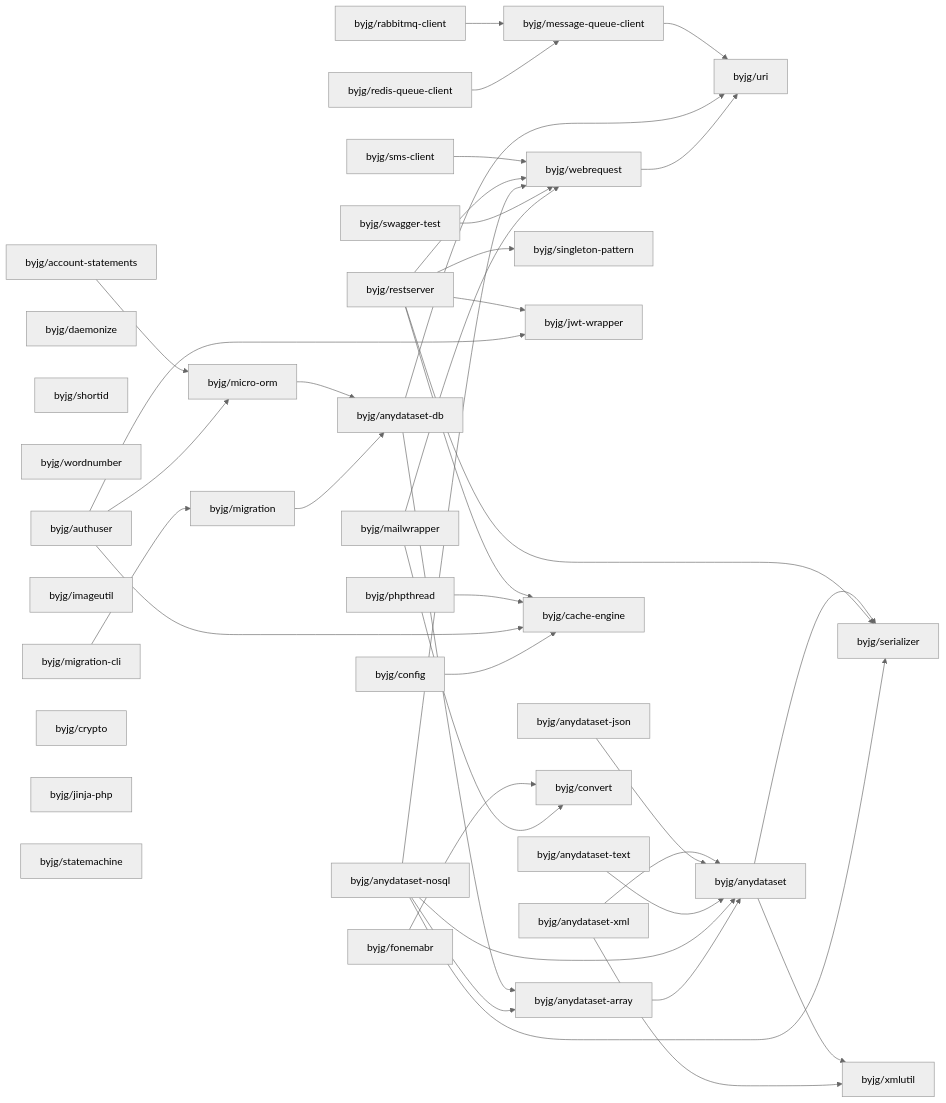
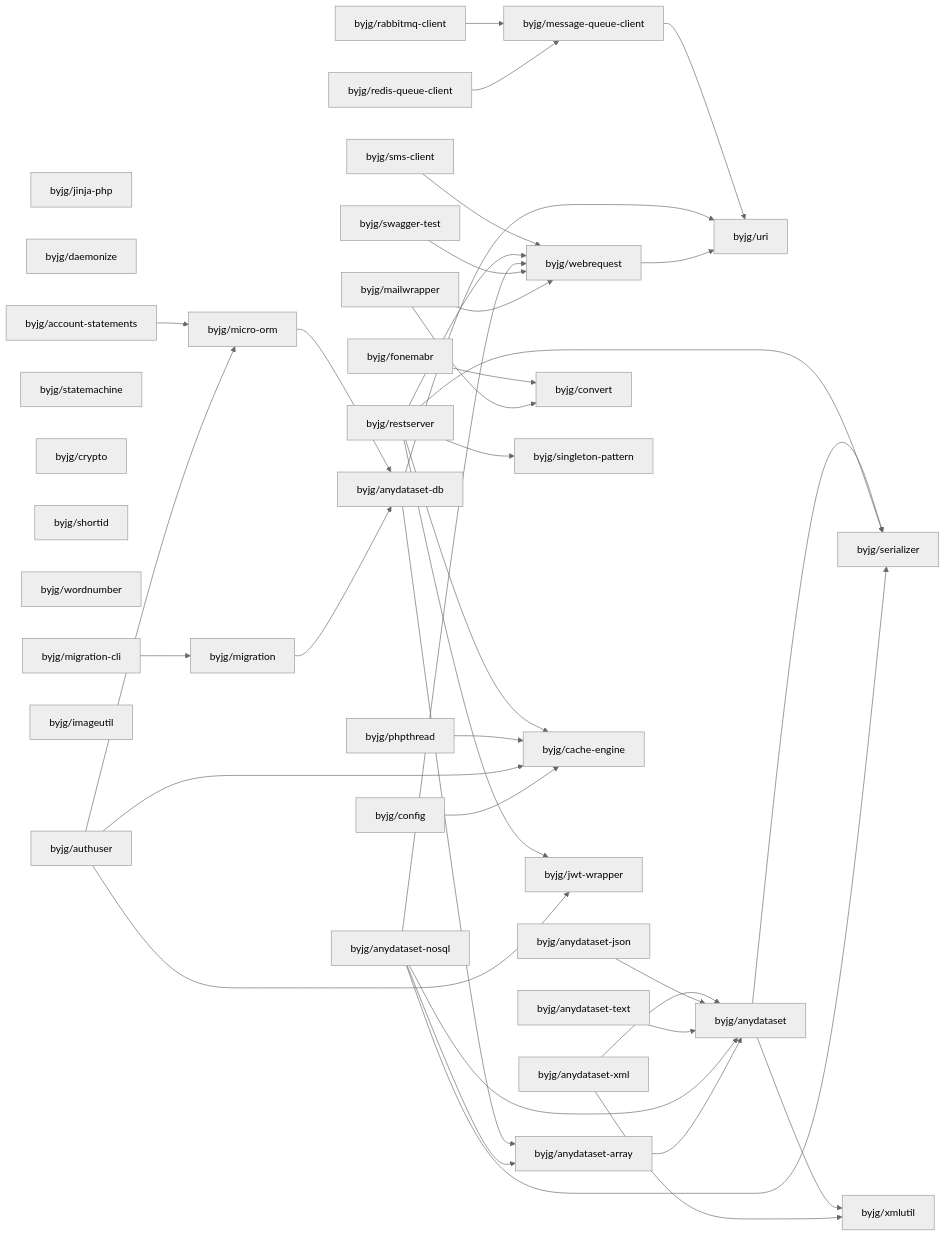
One commit to byjg/byjg.github.io changed the diagram in docs/php/README.md. Above: the diagram before and after it, drawn with Mermaid (neutral theme). The commit also changed other lines of this file, not shown here.

Commit message:
Update documentation 'php' 'php-restserver'

````diff
--- a/docs/php/README.md
+++ b/docs/php/README.md
@@ -3,76 +3,76 @@
 ```mermaid
 graph LR;
+  byjg/jinja-php;
+  byjg/daemonize;
   byjg/migration-cli;
-  byjg/daemonize;
+  byjg/statemachine;
+  byjg/rabbitmq-client;
+  byjg/crypto;
   byjg/shortid;
+  byjg/redis-queue-client;
+  byjg/config;
+  byjg/anydataset-nosql;
+  byjg/phpthread;
+  byjg/anydataset-text;
+  byjg/fonemabr;
+  byjg/wordnumber;
+  byjg/account-statements;
   byjg/mailwrapper;
-  byjg/phpthread;
-  byjg/wordnumber;
   byjg/swagger-test;
+  byjg/imageutil;
+  byjg/authuser;
+  byjg/anydataset-xml;
   byjg/restserver;
-  byjg/authuser;
+  byjg/anydataset-json;
   byjg/sms-client;
-  byjg/imageutil;
-  byjg/account-statements;
-  byjg/anydataset-nosql;
-  byjg/rabbitmq-client;
-  byjg/config;
-  byjg/crypto;
-  byjg/jinja-php;
-  byjg/anydataset-json;
-  byjg/redis-queue-client;
-  byjg/anydataset-text;
-  byjg/anydataset-xml;
-  byjg/fonemabr;
-  byjg/statemachine;
   byjg/migration;
-  byjg/singleton-pattern;
-  byjg/jwt-wrapper;
-  byjg/micro-orm;
-  byjg/webrequest;
-  byjg/cache-engine;
   byjg/message-queue-client;
   byjg/convert;
+  byjg/micro-orm;
+  byjg/singleton-pattern;
+  byjg/cache-engine;
+  byjg/jwt-wrapper;
+  byjg/webrequest;
   byjg/anydataset-db;
   byjg/anydataset-array;
   byjg/uri;
   byjg/anydataset;
   byjg/serializer;
   byjg/xmlutil;
   byjg/account-statements --> byjg/micro-orm;
   byjg/message-queue-client --> byjg/uri;
   byjg/anydataset --> byjg/serializer;
   byjg/anydataset --> byjg/xmlutil;
   byjg/rabbitmq-client --> byjg/message-queue-client;
   byjg/anydataset-xml --> byjg/anydataset;
   byjg/anydataset-xml --> byjg/xmlutil;
   byjg/sms-client --> byjg/webrequest;
   byjg/anydataset-db --> byjg/anydataset-array;
   byjg/anydataset-db --> byjg/uri;
   byjg/micro-orm --> byjg/anydataset-db;
   byjg/anydataset-json --> byjg/anydataset;
   byjg/restserver --> byjg/serializer;
   byjg/restserver --> byjg/singleton-pattern;
   byjg/restserver --> byjg/cache-engine;
   byjg/restserver --> byjg/webrequest;
   byjg/restserver --> byjg/jwt-wrapper;
   byjg/webrequest --> byjg/uri;
   byjg/anydataset-text --> byjg/anydataset;
   byjg/redis-queue-client --> byjg/message-queue-client;
   byjg/phpthread --> byjg/cache-engine;
   byjg/authuser --> byjg/micro-orm;
   byjg/authuser --> byjg/cache-engine;
   byjg/authuser --> byjg/jwt-wrapper;
   byjg/config --> byjg/cache-engine;
   byjg/fonemabr --> byjg/convert;
   byjg/anydataset-nosql --> byjg/anydataset;
   byjg/anydataset-nosql --> byjg/anydataset-array;
   byjg/anydataset-nosql --> byjg/serializer;
   byjg/anydataset-nosql --> byjg/webrequest;
   byjg/anydataset-array --> byjg/anydataset;
   byjg/swagger-test --> byjg/webrequest;
   byjg/migration-cli --> byjg/migration;
   byjg/migration --> byjg/anydataset-db;
   byjg/mailwrapper --> byjg/convert;
   byjg/mailwrapper --> byjg/webrequest;
 ```
````
